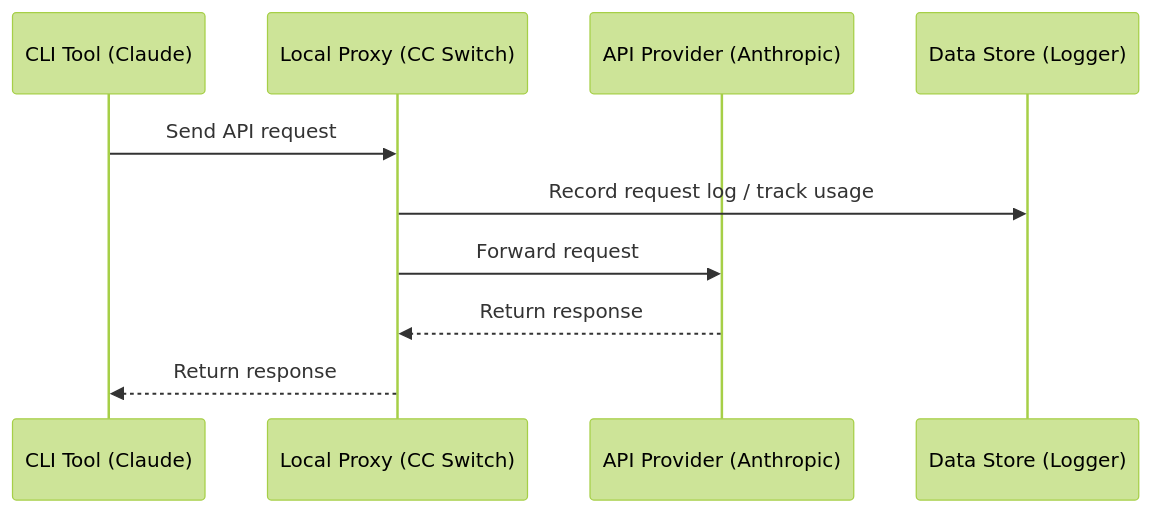
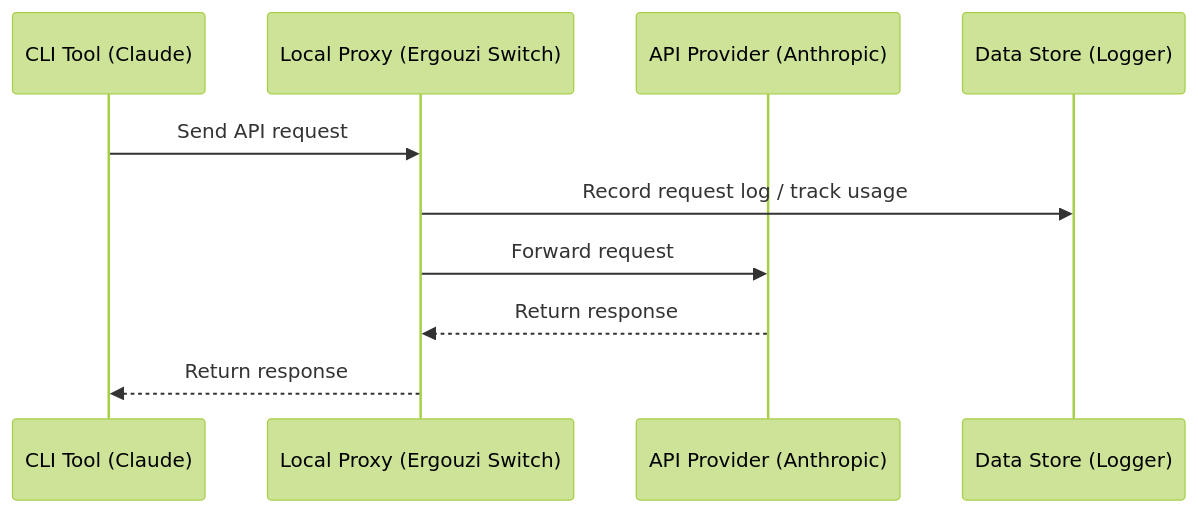
The diagram in docs/user-manual/en/4-proxy/4.1-service.md (suboxiu88-coder/ergouzi-switch), drawn with Mermaid (forest theme) before and after one commit. The commit also changed other lines of this file and 166 other files, not shown here.

````diff
--- a/docs/user-manual/en/4-proxy/4.1-service.md
+++ b/docs/user-manual/en/4-proxy/4.1-service.md
@@ -116,13 +116,13 @@
 ```mermaid
 sequenceDiagram
     participant CLI as CLI Tool (Claude)
-    participant Proxy as Local Proxy (CC Switch)
+    participant Proxy as Local Proxy (Ergouzi Switch)
     participant API as API Provider (Anthropic)
     participant DB as Data Store (Logger)
 
     CLI->>Proxy: Send API request
     Proxy->>DB: Record request log / track usage
     Proxy->>API: Forward request
     API-->>Proxy: Return response
     Proxy-->>CLI: Return response
 ```
````
